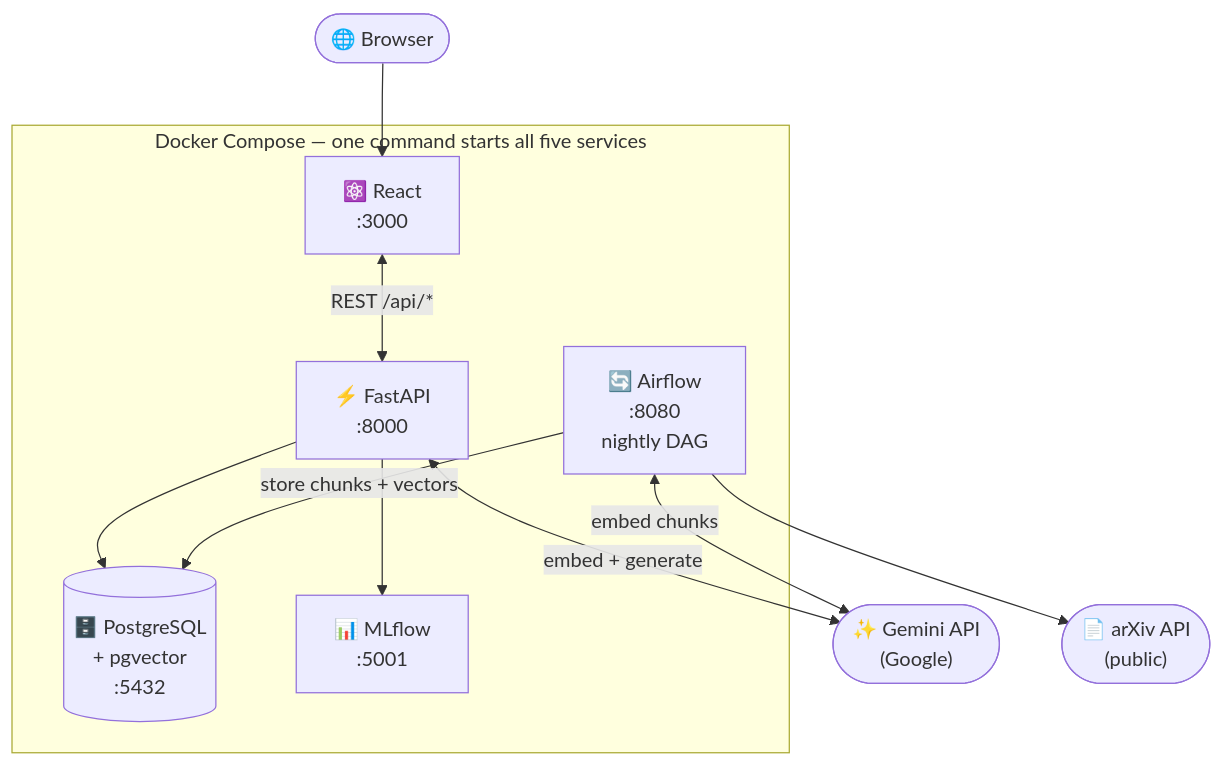
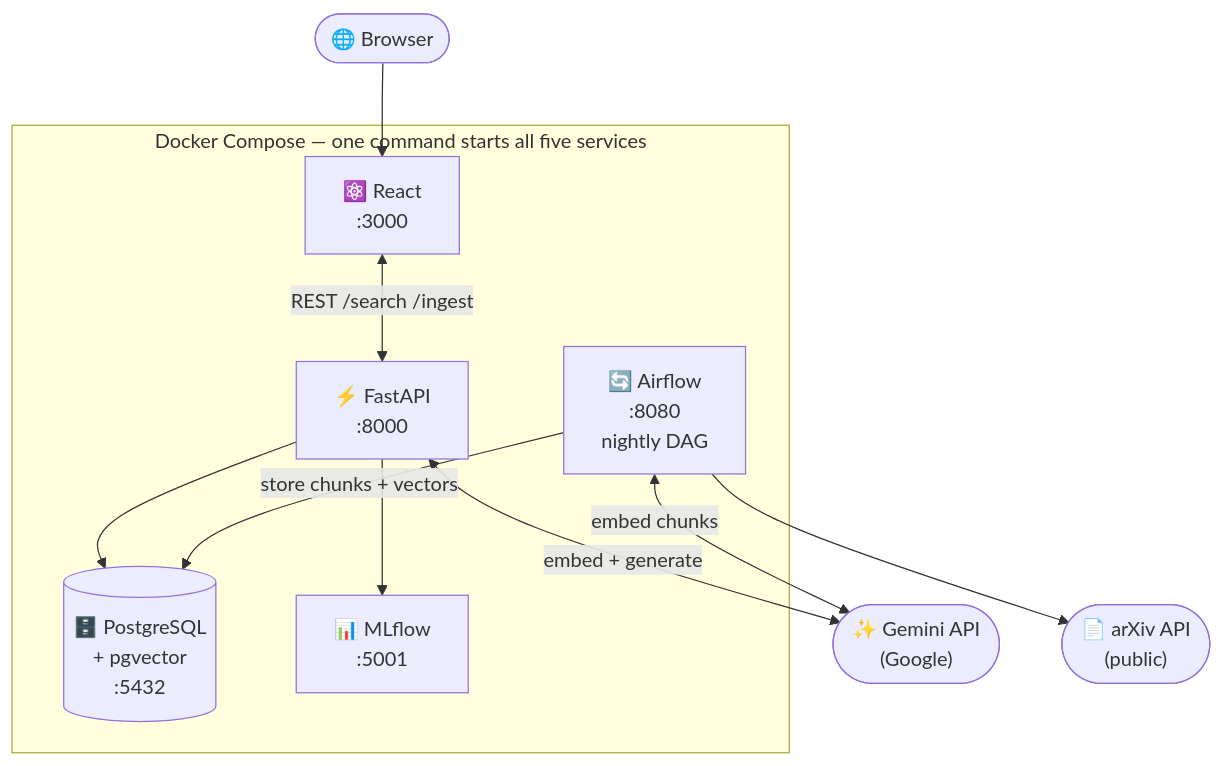
One commit to dingzehu/arxiv-rag changed the first of 3 diagrams in README.md. Above: the diagram before and after it, drawn with Mermaid. The commit also changed other lines of this file, not shown here.

````diff
--- a/README.md
+++ b/README.md
@@ -23,24 +23,24 @@
 ```mermaid
 flowchart TB
     Browser(["🌐 Browser"])
 
     subgraph docker["Docker Compose — one command starts all five services"]
         React["⚛️ React\n:3000"]
         FastAPI["⚡ FastAPI\n:8000"]
         PG[("🗄️ PostgreSQL\n+ pgvector\n:5432")]
         MLflow["📊 MLflow\n:5001"]
         Airflow["🔄 Airflow\n:8080\nnightly DAG"]
     end
 
     Gemini(["✨ Gemini API\n(Google)"])
     arXiv(["📄 arXiv API\n(public)"])
 
     Browser --> React
-    React <-->|"REST /api/*"| FastAPI
+    React <-->|"REST /search /ingest"| FastAPI
     FastAPI --> PG
     FastAPI --> MLflow
     FastAPI <-->|"embed + generate"| Gemini
     Airflow -->|"store chunks + vectors"| PG
     Airflow --> arXiv
     Airflow <-->|"embed chunks"| Gemini
 ```
````
